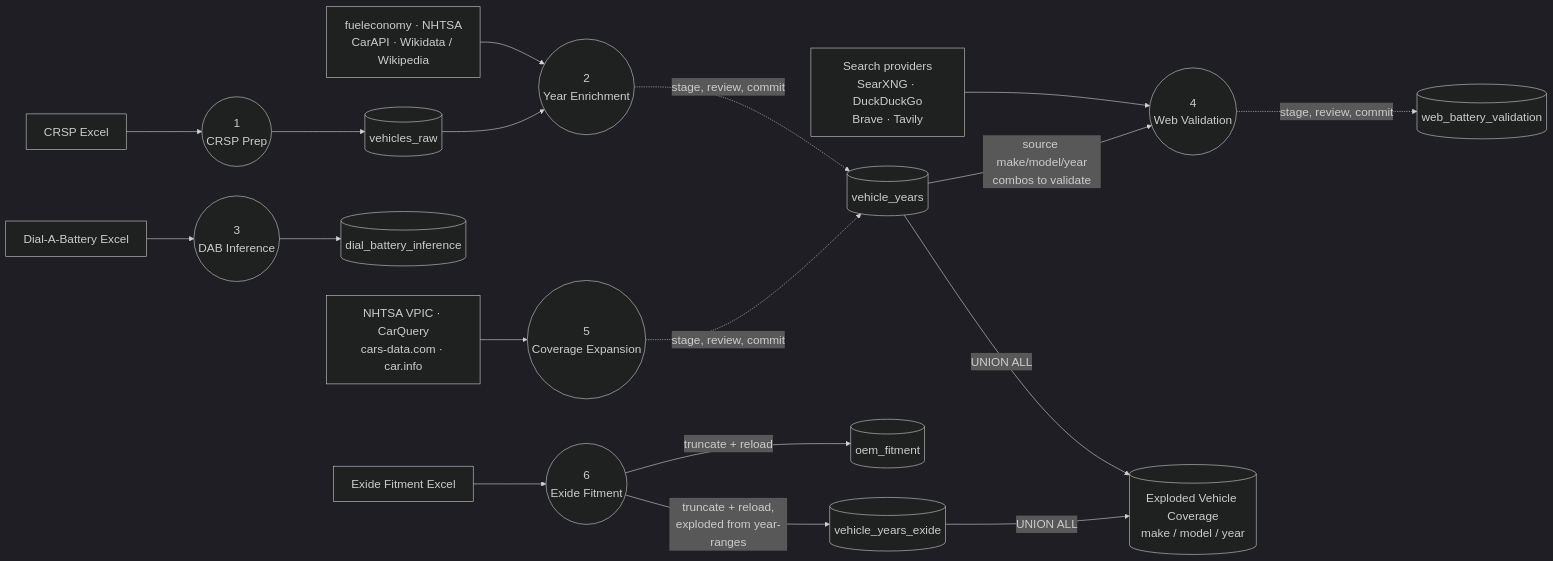
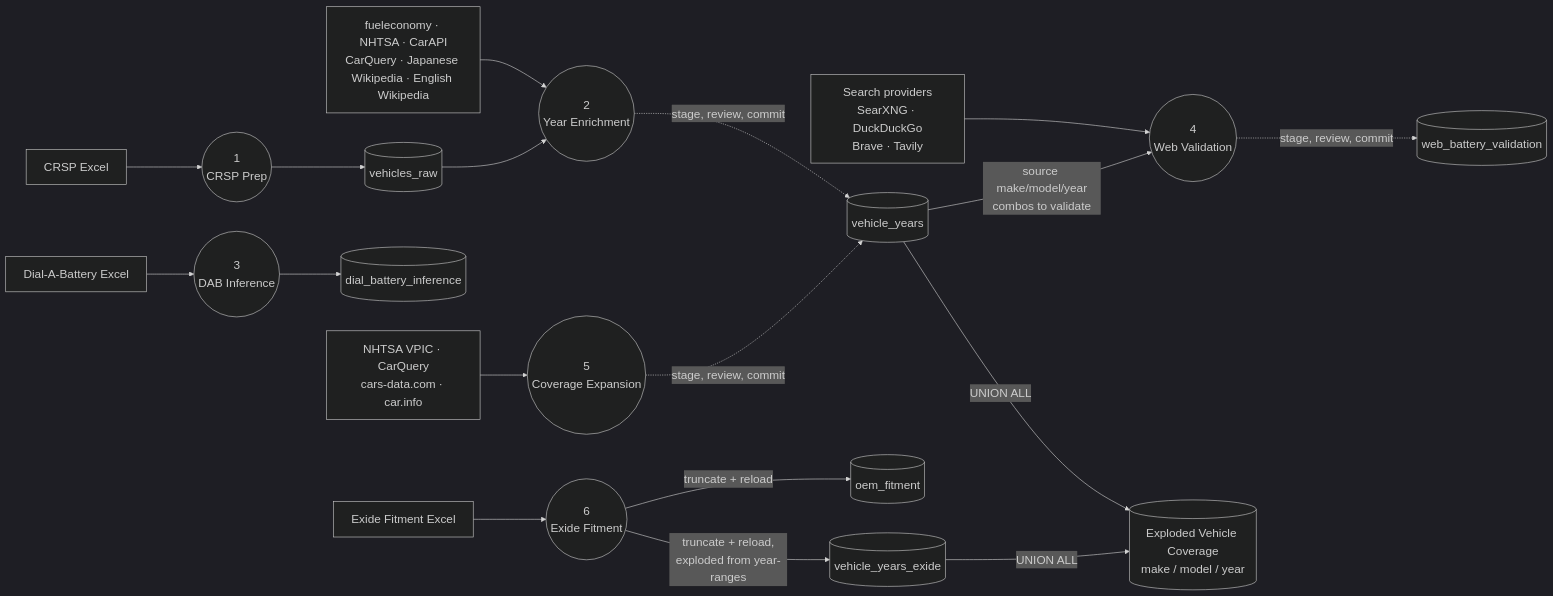
One commit to em-brandon/Chloride-Exide-KE-Battery-Finder-Web-App changed the fourth of 11 diagrams in README.md. Above: the diagram before and after it, drawn with Mermaid. The commit also changed other lines of this file, not shown here.

````diff
--- a/README.md
+++ b/README.md
@@ -191,27 +194,27 @@
 ```mermaid
 %%{init: {'theme': 'dark', 'themeVariables': {'fontSize': '20px'}, 'flowchart': {'nodeSpacing': 50, 'rankSpacing': 80, 'curve': 'basis'}}}%%
 flowchart LR
     EXT1["CRSP Excel"] --> P3a(("1<br/>CRSP Prep"))
     P3a --> VR[("vehicles_raw")]
 
-    EXT2["fueleconomy · NHTSA<br/>CarAPI · Wikidata / Wikipedia"] --> P3b(("2<br/>Year Enrichment"))
+    EXT2["fueleconomy · NHTSA · CarAPI<br/>CarQuery · Japanese Wikipedia · English Wikipedia"] --> P3b(("2<br/>Year Enrichment"))
     VR --> P3b
     P3b -. "stage, review, commit" .-> DS1[("vehicle_years")]
 
     EXT3["Dial-A-Battery Excel"] --> P3c(("3<br/>DAB Inference"))
     P3c --> DS5[("dial_battery_inference")]
 
     EXT4["Search providers<br/>SearXNG · DuckDuckGo<br/>Brave · Tavily"] --> P3d(("4<br/>Web Validation"))
     DS1 -- "source make/model/year<br/>combos to validate" --> P3d
     P3d -. "stage, review, commit" .-> DS6[("web_battery_validation")]
 
     EXT5["NHTSA VPIC · CarQuery<br/>cars-data.com · car.info"] --> P3e(("5<br/>Coverage Expansion"))
     P3e -. "stage, review, commit" .-> DS1
 
     EXT6["Exide Fitment Excel"] --> P3f(("6<br/>Exide Fitment"))
     P3f -- "truncate + reload" --> DS4[("oem_fitment")]
     P3f -- "truncate + reload,<br/>exploded from year-ranges" --> DS1B[("vehicle_years_exide")]
 
     DS1 -- "UNION ALL" --> JOIN[("Exploded Vehicle Coverage<br/>make / model / year")]
     DS1B -- "UNION ALL" --> JOIN
 ```
````
